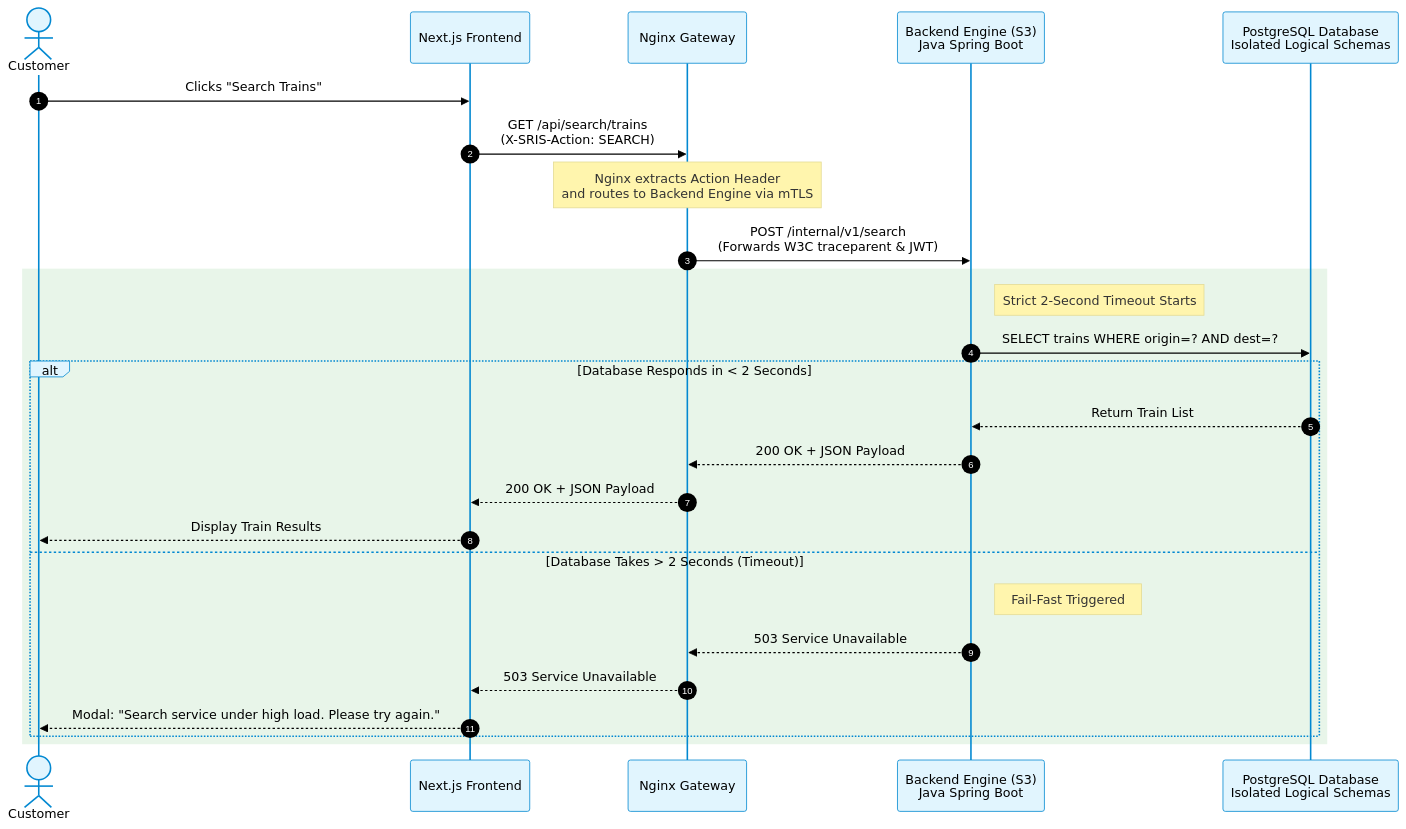
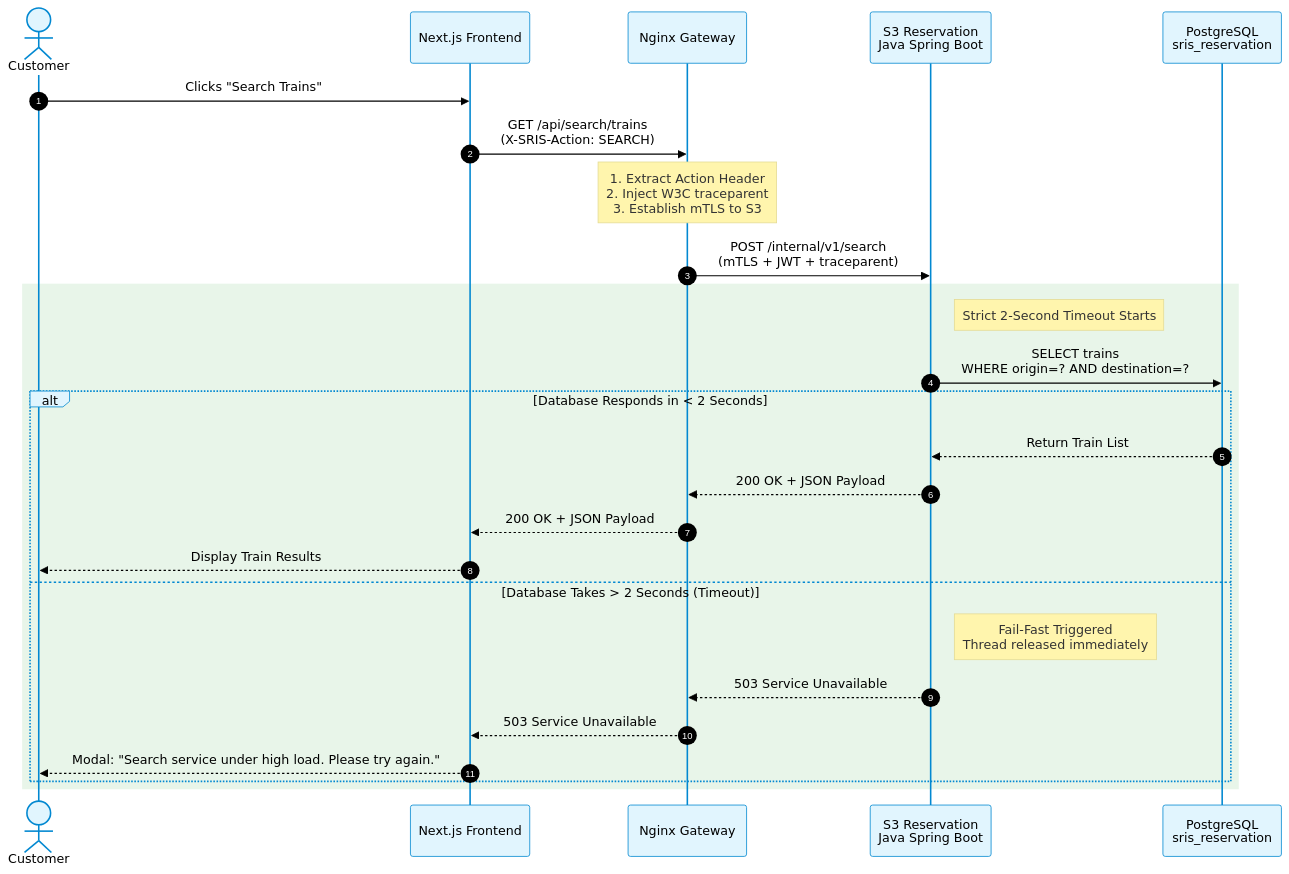
Before and after one commit to koushaljhacs/sris: the second of 8 diagrams in docs/phase-1-foundation/wave-2-architecture/SRIS-P1-ARCH-009_ServiceInteractionAndCommunicationDesign.md, drawn with Mermaid. The commit also changed other lines of this file, not shown here.

````diff
--- a/docs/phase-1-foundation/wave-2-architecture/SRIS-P1-ARCH-009_ServiceInteractionAndCommunicationDesign.md
+++ b/docs/phase-1-foundation/wave-2-architecture/SRIS-P1-ARCH-009_ServiceInteractionAndCommunicationDesign.md
@@ -269,50 +383,50 @@
 ```mermaid
 %%{init: {
   "theme": "base",
   "themeVariables": {
     "primaryColor": "#E8F5E9",
     "primaryTextColor": "#000",
     "primaryBorderColor": "#388E3C",
     "lineColor": "#000",
     "secondaryColor": "#FFF3E0",
     "tertiaryColor": "#FCE4EC",
     "actorBkg": "#E1F5FE",
     "actorBorder": "#0288D1"
   },
   "sequence": {
     "messageMargin": 40,
     "actorMargin": 60
   }
 }}%%
 sequenceDiagram
     autonumber
     actor User as Customer
     participant NextJS as Next.js Frontend
     participant Nginx as Nginx Gateway
-    participant S3 as Backend Engine (S3)<br/>Java Spring Boot
-    participant DB as PostgreSQL Database<br/>Isolated Logical Schemas
+    participant S3 as S3 Reservation<br/>Java Spring Boot
+    participant DB as PostgreSQL<br/>sris_reservation
 
     User->>NextJS: Clicks "Search Trains"
     NextJS->>Nginx: GET /api/search/trains<br/>(X-SRIS-Action: SEARCH)
-    
-    Note over Nginx: Nginx extracts Action Header<br/>and routes to Backend Engine via mTLS
-    
-    Nginx->>S3: POST /internal/v1/search<br/>(Forwards W3C traceparent & JWT)
-    
+
+    Note over Nginx: 1. Extract Action Header<br/>2. Inject W3C traceparent<br/>3. Establish mTLS to S3
+
+    Nginx->>S3: POST /internal/v1/search<br/>(mTLS + JWT + traceparent)
+
     rect rgb(232, 245, 233)
     Note right of S3: Strict 2-Second Timeout Starts
-    S3->>DB: SELECT trains WHERE origin=? AND dest=?
-    
+    S3->>DB: SELECT trains<br/>WHERE origin=? AND destination=?
+
     alt Database Responds in < 2 Seconds
         DB-->>S3: Return Train List
         S3-->>Nginx: 200 OK + JSON Payload
         Nginx-->>NextJS: 200 OK + JSON Payload
         NextJS-->>User: Display Train Results
     else Database Takes > 2 Seconds (Timeout)
-        Note right of S3: Fail-Fast Triggered
+        Note right of S3: Fail-Fast Triggered<br/>Thread released immediately
         S3-->>Nginx: 503 Service Unavailable
         Nginx-->>NextJS: 503 Service Unavailable
         NextJS-->>User: Modal: "Search service under high load. Please try again."
     end
     end
 ```
````
